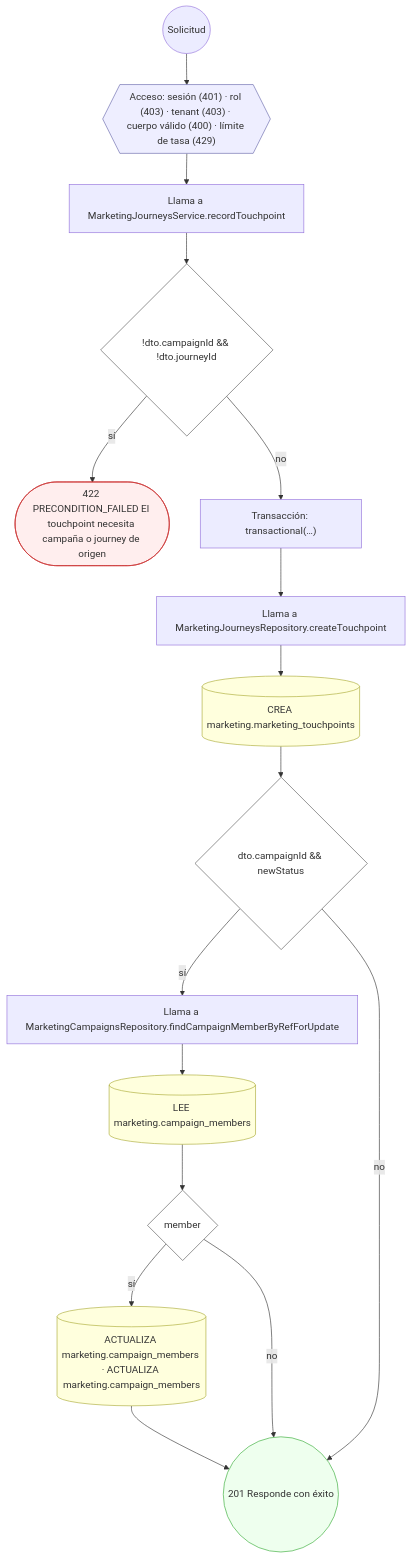
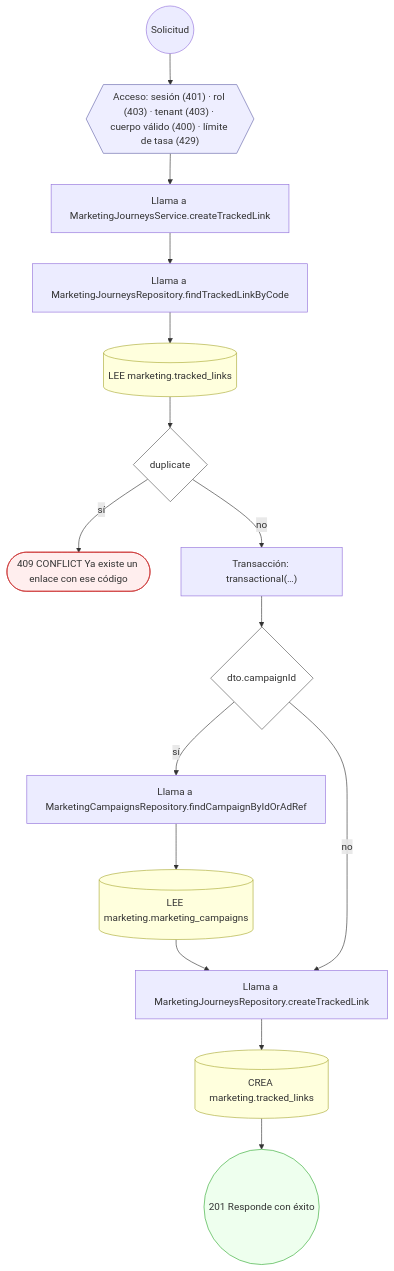
One commit to mdavila-2001/mantra-core-health-api changed diagram 14 of 16 in docs/inventario/flujos/marketing.md. Above: the diagram before and after it, drawn with Mermaid. The commit also changed other lines of this file and 438 other files, not shown here.

````diff
--- a/docs/inventario/flujos/marketing.md
+++ b/docs/inventario/flujos/marketing.md
@@ -899,38 +995,37 @@
 ```mermaid
 flowchart TD
   n1(("Solicitud")):::inicio
   n2{{"Acceso: sesión (401) · rol (403) · tenant (403) · cuerpo válido (400) · límite de tasa (429)"}}:::acceso
   n1 --> n2
-  n3["Llama a MarketingJourneysService.recordTouchpoint"]:::llamada
+  n3["Llama a MarketingJourneysService.createTrackedLink"]:::llamada
   n2 --> n3
-  n4{"!dto.campaignId && !dto.journeyId"}:::decision
+  n4["Llama a MarketingJourneysRepository.findTrackedLinkByCode"]:::llamada
   n3 --> n4
-  n5(["422 PRECONDITION_FAILED El touchpoint necesita campaña o journey de origen"]):::error
-  n4 -->|"sí"| n5
-  n6["Transacción: transactional(…)"]:::transaccion
-  n4 -->|"no"| n6
-  n7["Llama a MarketingJourneysRepository.createTouchpoint"]:::llamada
-  n6 --> n7
-  n8[("CREA marketing.marketing_touchpoints")]:::efecto
-  n7 --> n8
-  n9{"dto.campaignId && newStatus"}:::decision
+  n5[("LEE marketing.tracked_links")]:::efecto
+  n4 --> n5
+  n6{"duplicate"}:::decision
+  n5 --> n6
+  n7(["409 CONFLICT Ya existe un enlace con ese código"]):::error
+  n6 -->|"sí"| n7
+  n8["Transacción: transactional(…)"]:::transaccion
+  n6 -->|"no"| n8
+  n9{"dto.campaignId"}:::decision
   n8 --> n9
-  n10["Llama a MarketingCampaignsRepository.findCampaignMemberByRefForUpdate"]:::llamada
+  n10["Llama a MarketingCampaignsRepository.findCampaignByIdOrAdRef"]:::llamada
   n9 -->|"sí"| n10
-  n11[("LEE marketing.campaign_members")]:::efecto
+  n11[("LEE marketing.marketing_campaigns")]:::efecto
   n10 --> n11
-  n12{"member"}:::decision
+  n12["Llama a MarketingJourneysRepository.createTrackedLink"]:::llamada
   n11 --> n12
-  n13[("ACTUALIZA marketing.campaign_members · ACTUALIZA marketing.campaign_members")]:::efecto
-  n12 -->|"sí"| n13
+  n9 -->|"no"| n12
+  n13[("CREA marketing.tracked_links")]:::efecto
+  n12 --> n13
   n14(("201 Responde con éxito")):::ok
   n13 --> n14
-  n12 -->|"no"| n14
-  n9 -->|"no"| n14
   classDef acceso fill:#eef,stroke:#66a
   classDef error fill:#fee,stroke:#c33
   classDef ok fill:#efe,stroke:#3a3
   classDef efecto fill:#ffd,stroke:#aa3
   classDef decision fill:#fff,stroke:#555
   classDef corte fill:#eee,stroke:#999,stroke-dasharray: 4
 ```
````
